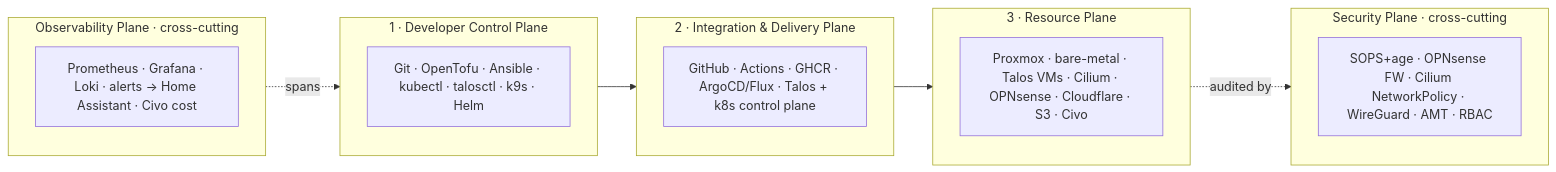
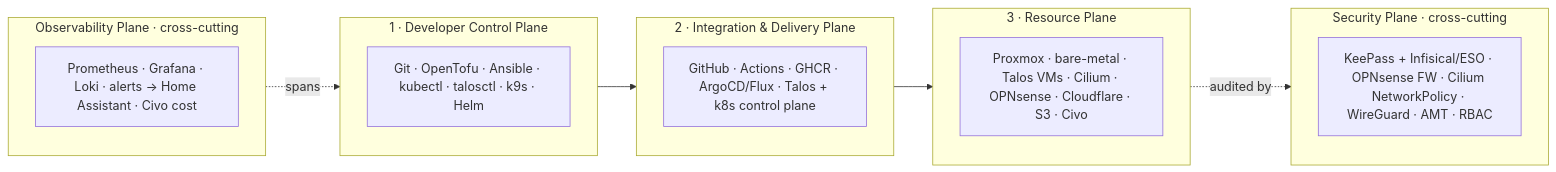
Before and after one commit to teststuffstash/homelab: the first of 6 diagrams in ARCHITECTURE.md, drawn with Mermaid. The commit also changed other lines of this file and 4 other files, not shown here.

First line of the commit message:
docs: correct secrets model — SOPS+age not used (device dropped it too)

````diff
--- a/ARCHITECTURE.md
+++ b/ARCHITECTURE.md
@@ -14,21 +14,21 @@
 ```mermaid
 flowchart LR
     subgraph OBS["Observability Plane · cross-cutting"]
         O["Prometheus · Grafana · Loki · alerts → Home Assistant · Civo cost"]
     end
     subgraph DEV["1 · Developer Control Plane"]
         D["Git · OpenTofu · Ansible · kubectl · talosctl · k9s · Helm"]
     end
     subgraph DEL["2 · Integration & Delivery Plane"]
         I["GitHub · Actions · GHCR · ArgoCD/Flux · Talos + k8s control plane"]
     end
     subgraph RES["3 · Resource Plane"]
         R["Proxmox · bare-metal · Talos VMs · Cilium · OPNsense · Cloudflare · S3 · Civo"]
     end
     subgraph SEC["Security Plane · cross-cutting"]
-        S["SOPS+age · OPNsense FW · Cilium NetworkPolicy · WireGuard · AMT · RBAC"]
+        S["KeePass + Infisical/ESO · OPNsense FW · Cilium NetworkPolicy · WireGuard · AMT · RBAC"]
     end
     OBS -.spans.-> DEV
     DEV --> DEL --> RES
     RES -.audited by.-> SEC
 ```
````
